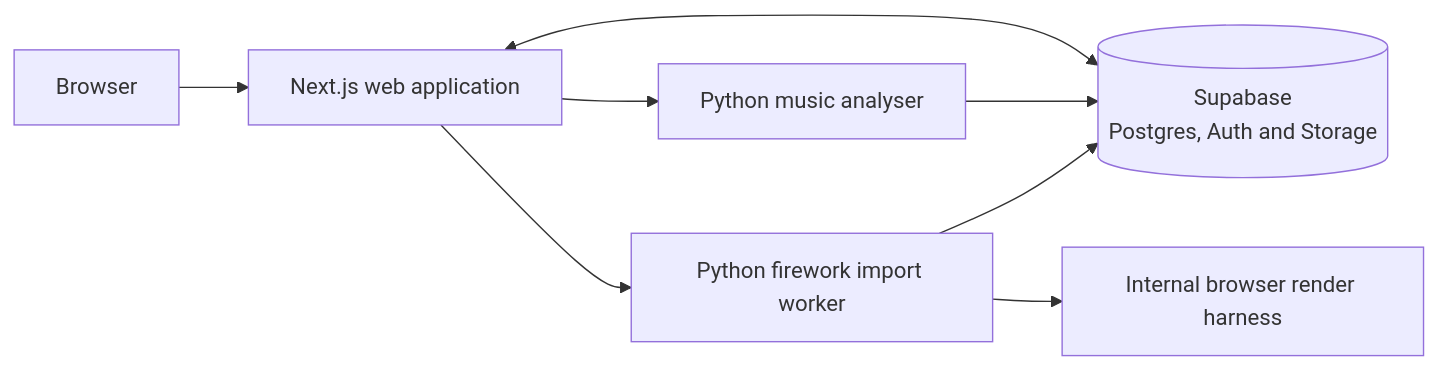
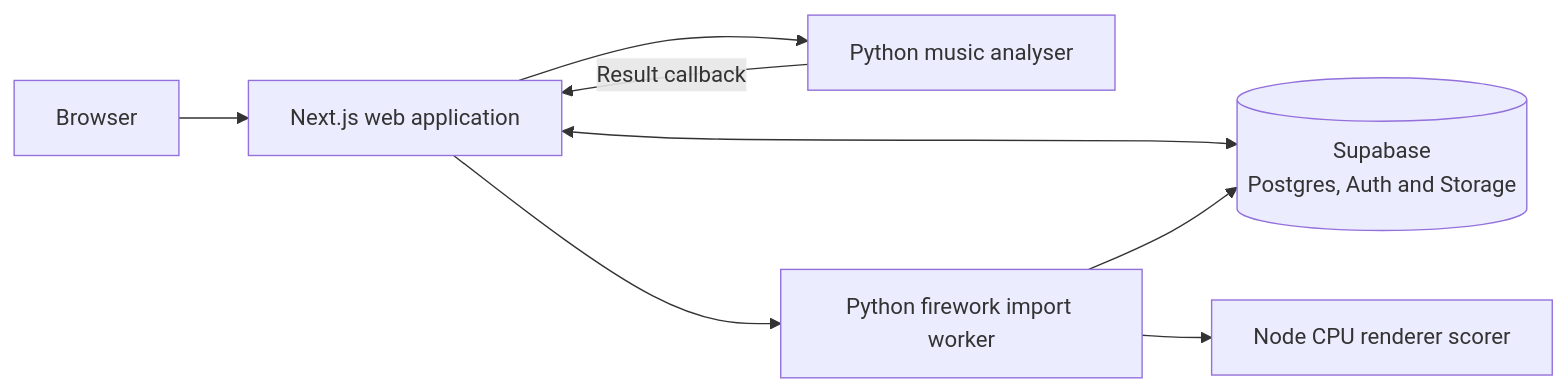
One commit to HarryRandall/FireworkEntertAInment changed the diagram in README.md. Above: the diagram before and after it, drawn with Mermaid. The commit also changed other lines of this file and 11 other files, not shown here.

````diff
--- a/README.md
+++ b/README.md
@@ -71,10 +71,10 @@
 ```mermaid
 flowchart LR
     Browser[Browser] --> Web[Next.js web application]
     Web <--> Supabase[(Supabase<br/>Postgres, Auth and Storage)]
     Web --> Analyser[Python music analyser]
     Web --> Importer[Python firework import worker]
-    Importer --> Render[Internal browser render harness]
-    Analyser --> Supabase
+    Importer --> Render[Node CPU renderer scorer]
+    Analyser -->|Result callback| Web
     Importer --> Supabase
 ```
````
